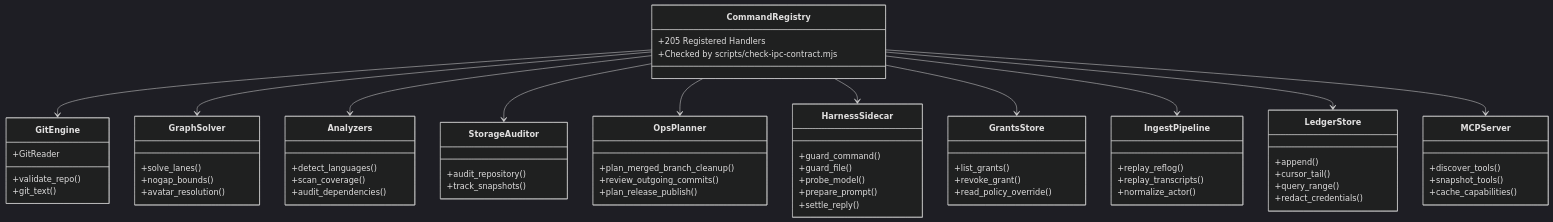
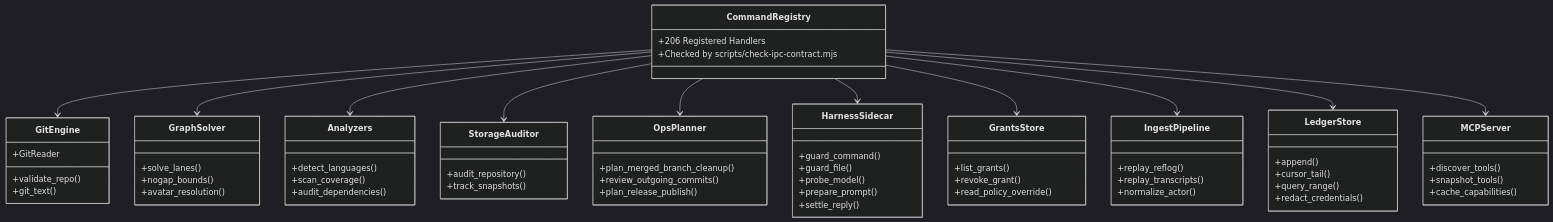
One commit to bharathvbcr/GitPulse changed the third of 4 diagrams in docs/ARCHITECTURE.md. Above: the diagram before and after it, drawn with Mermaid (dark theme). The commit also changed other lines of this file and 104 other files, not shown here.

````diff
--- a/docs/ARCHITECTURE.md
+++ b/docs/ARCHITECTURE.md
@@ -173,70 +173,70 @@
 ```mermaid
 classDiagram
     class CommandRegistry {
-        +205 Registered Handlers
+        +206 Registered Handlers
         +Checked by scripts/check-ipc-contract.mjs
     }
     class GitEngine {
         +validate_repo()
         +git_text()
         +GitReader
     }
     class GraphSolver {
         +solve_lanes()
         +nogap_bounds()
         +avatar_resolution()
     }
     class Analyzers {
         +detect_languages()
         +scan_coverage()
         +audit_dependencies()
     }
     class StorageAuditor {
         +audit_repository()
         +track_snapshots()
     }
     class GrantsStore {
         +list_grants()
         +revoke_grant()
         +read_policy_override()
     }
     class IngestPipeline {
         +replay_reflog()
         +replay_transcripts()
         +normalize_actor()
     }
     class LedgerStore {
         +append()
         +cursor_tail()
         +query_range()
         +redact_credentials()
     }
     class OpsPlanner {
         +plan_merged_branch_cleanup()
         +review_outgoing_commits()
         +plan_release_publish()
     }
     class MCPServer {
         +discover_tools()
         +snapshot_tools()
         +cache_capabilities()
     }
     class HarnessSidecar {
         +guard_command()
         +guard_file()
         +probe_model()
         +prepare_prompt()
         +settle_reply()
     }
 
     CommandRegistry --> GitEngine
     CommandRegistry --> GraphSolver
     CommandRegistry --> Analyzers
     CommandRegistry --> StorageAuditor
     CommandRegistry --> OpsPlanner
     CommandRegistry --> HarnessSidecar
     CommandRegistry --> GrantsStore
     CommandRegistry --> IngestPipeline
     CommandRegistry --> LedgerStore
     CommandRegistry --> MCPServer
 ```
````
